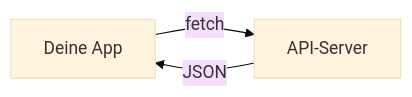
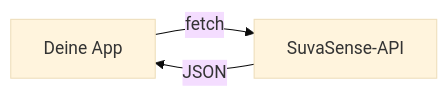
The diagram in docs/tag-2/theorie-json-api-fetch.md (HeiligerG/ae-raumklima-bootcamp), drawn with Mermaid (base theme) before and after one commit. The commit also changed other lines of this file and 4 other files, not shown here.

First line of the commit message:
docs(tag-2): JSON-Schema und Datenfluss auf SuvaSense umstellen

````diff
--- a/docs/tag-2/theorie-json-api-fetch.md
+++ b/docs/tag-2/theorie-json-api-fetch.md
@@ -45,5 +58,5 @@
 ```mermaid
 graph LR
-    A[Deine App] -->|fetch| B[API-Server]
+    A[Deine App] -->|fetch| B[SuvaSense-API]
     B -->|JSON| A
 ```
````
